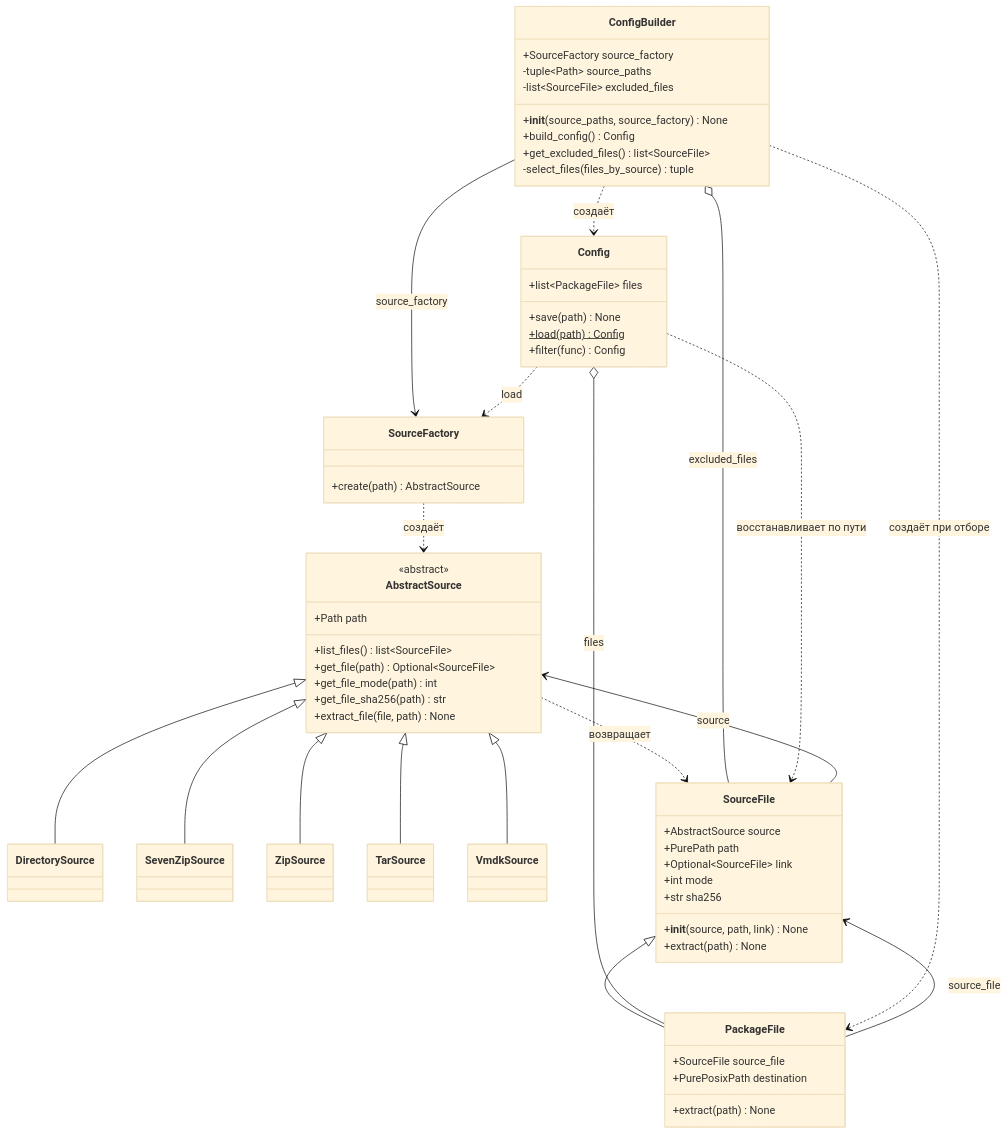
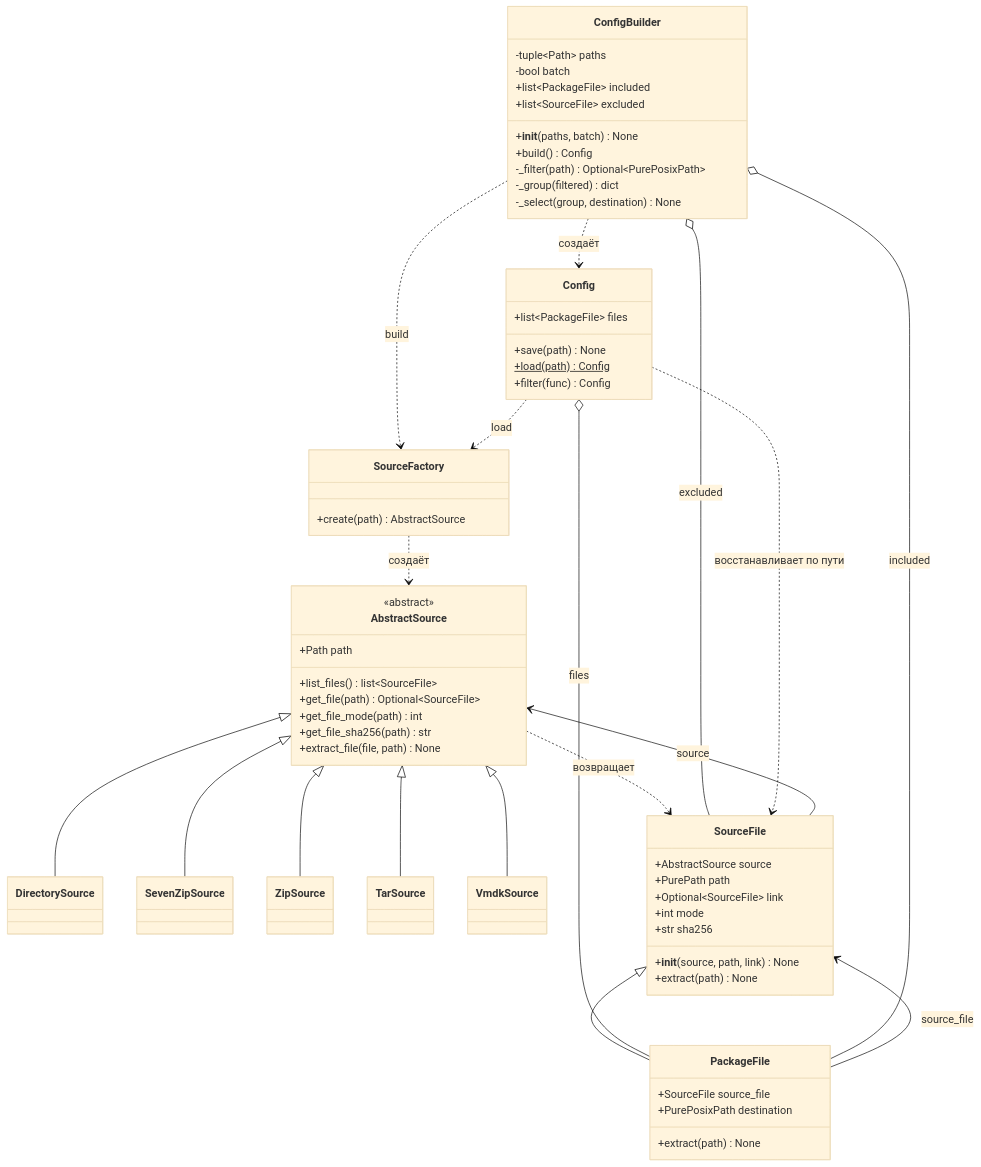
The first of 2 diagrams in research/package-builder-file-flow.ru.md (CPiracy/PWServer), drawn with Mermaid (base theme) before and after one commit. The commit also changed other lines of this file and 1 other file, not shown here.

Commit message:
Document builder file flow and world water maps

````diff
--- a/research/package-builder-file-flow.ru.md
+++ b/research/package-builder-file-flow.ru.md
@@ -7,76 +7,78 @@
 ```mermaid
 classDiagram
     direction TB
 
     class AbstractSource {
         <<abstract>>
         +Path path
         +list_files() list~SourceFile~
         +get_file(path) Optional~SourceFile~
         +get_file_mode(path) int
         +get_file_sha256(path) str
         +extract_file(file, path) None
     }
 
     class DirectorySource
     class SevenZipSource
     class ZipSource
     class TarSource
     class VmdkSource
 
     class SourceFile {
         +__init__(source, path, link) None
         +AbstractSource source
         +PurePath path
         +Optional~SourceFile~ link
         +int mode
         +str sha256
         +extract(path) None
     }
 
 
     class PackageFile {
         +SourceFile source_file
         +PurePosixPath destination
         +extract(path) None
     }
 
     class ConfigBuilder {
-        +SourceFactory source_factory
-        -tuple~Path~ source_paths
-        -list~SourceFile~ excluded_files
-        +__init__(source_paths, source_factory) None
-        +build_config() Config
-        +get_excluded_files() list~SourceFile~
-        -select_files(files_by_source) tuple
+        -tuple~Path~ paths
+        -bool batch
+        +list~PackageFile~ included
+        +list~SourceFile~ excluded
+        +__init__(paths, batch) None
+        +build() Config
+        -_filter(path) Optional~PurePosixPath~
+        -_group(filtered) dict
+        -_select(group, destination) None
     }
 
     class Config {
         +list~PackageFile~ files
         +save(path) None
         +load(path) Config$
         +filter(func) Config
     }
 
     class SourceFactory {
         +create(path) AbstractSource
     }
 
     AbstractSource <|-- DirectorySource
     AbstractSource <|-- SevenZipSource
     AbstractSource <|-- ZipSource
     AbstractSource <|-- TarSource
     AbstractSource <|-- VmdkSource
     SourceFile <|-- PackageFile
     AbstractSource ..> SourceFile : возвращает
     SourceFile --> AbstractSource : source
     PackageFile --> SourceFile : source_file
     Config o-- PackageFile : files
-    ConfigBuilder o-- SourceFile : excluded_files
-    ConfigBuilder ..> PackageFile : создаёт при отборе
-    ConfigBuilder --> SourceFactory : source_factory
+    ConfigBuilder o-- SourceFile : excluded
+    ConfigBuilder o-- PackageFile : included
+    ConfigBuilder ..> SourceFactory : build
     ConfigBuilder ..> Config : создаёт
     Config ..> SourceFactory : load
     Config ..> SourceFile : восстанавливает по пути
     SourceFactory ..> AbstractSource : создаёт
 ```
````
